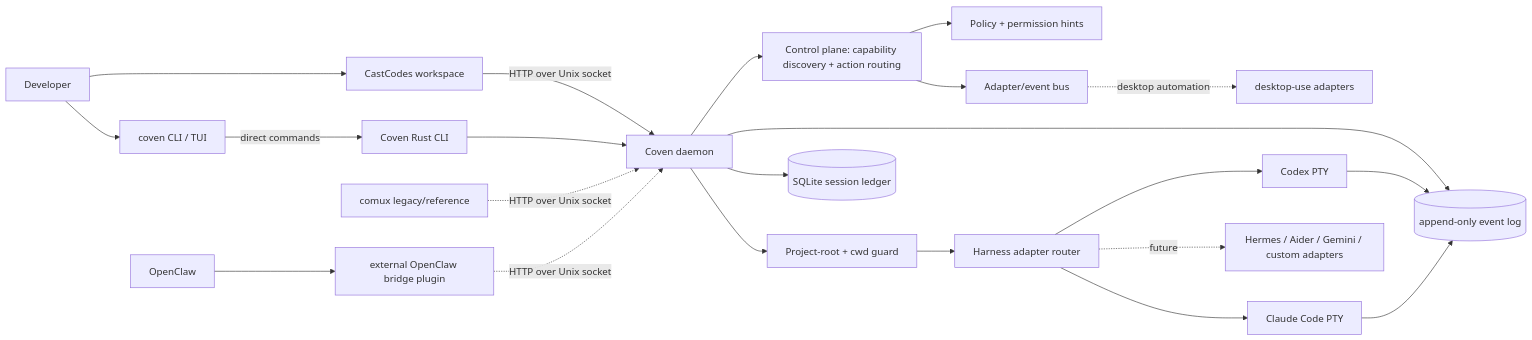
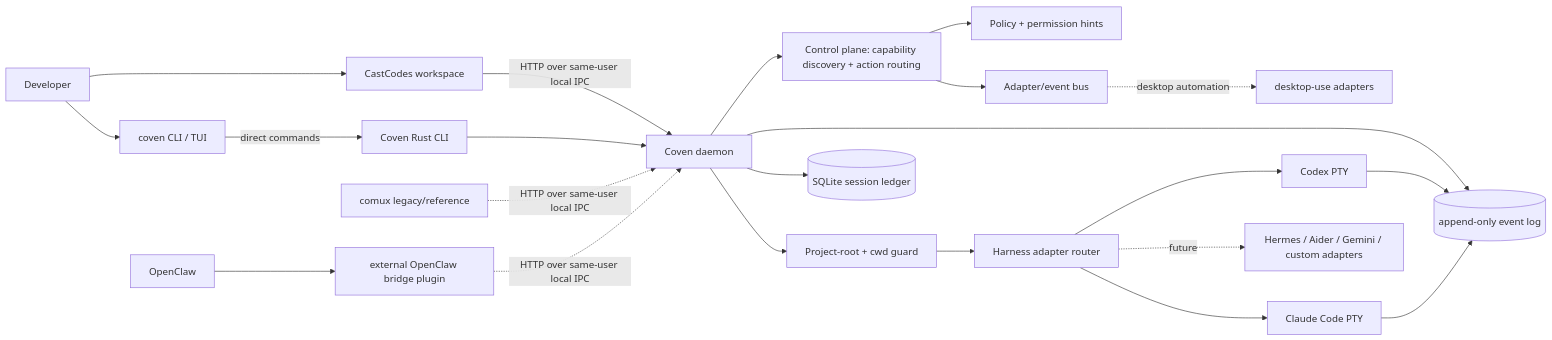
The first of 3 diagrams in docs/concepts/architecture.md (OpenCoven/coven), drawn with Mermaid before and after one commit. The commit also changed other lines of this file and 10 other files, not shown here.

Commit message:
docs: align local IPC trust boundaries

````diff
--- a/docs/concepts/architecture.md
+++ b/docs/concepts/architecture.md
@@ -16,29 +16,29 @@
 ```mermaid
 flowchart LR
   User[Developer] --> CastCodes[CastCodes workspace]
-  CastCodes -->|HTTP over Unix socket| Daemon[Coven daemon]
+  CastCodes -->|HTTP over same-user local IPC| Daemon[Coven daemon]
 
   User --> CLI[coven CLI / TUI]
   CLI -->|direct commands| Rust[Coven Rust CLI]
   Rust --> Daemon
 
-  Comux[comux legacy/reference] -.->|HTTP over Unix socket| Daemon
+  Comux[comux legacy/reference] -.->|HTTP over same-user local IPC| Daemon
   OpenClaw[OpenClaw] --> Plugin[external OpenClaw bridge plugin]
-  Plugin -.->|HTTP over Unix socket| Daemon
+  Plugin -.->|HTTP over same-user local IPC| Daemon
 
   Daemon --> Control[Control plane: capability discovery + action routing]
   Control --> Policy[Policy + permission hints]
   Control --> AdapterBus[Adapter/event bus]
   AdapterBus -. desktop automation .-> DesktopUse[desktop-use adapters]
 
   Daemon --> Boundary[Project-root + cwd guard]
   Boundary --> Adapter[Harness adapter router]
   Adapter --> Codex[Codex PTY]
   Adapter --> Claude[Claude Code PTY]
   Adapter -. future .-> Future[Hermes / Aider / Gemini / custom adapters]
 
   Daemon --> Store[(SQLite session ledger)]
   Daemon --> Events[(append-only event log)]
   Codex --> Events
   Claude --> Events
 ```
````
